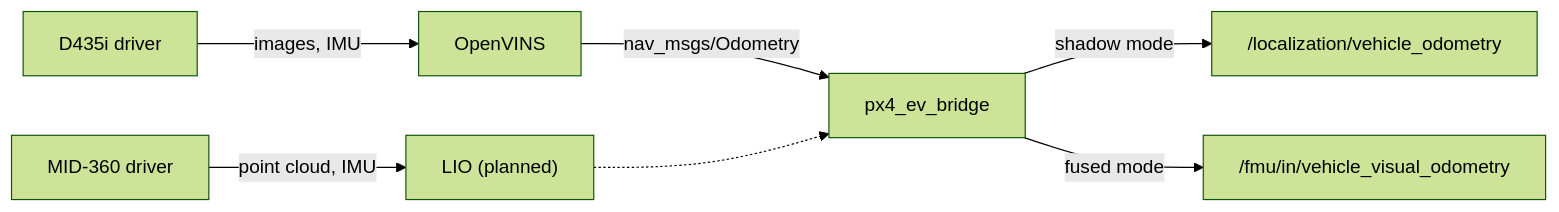
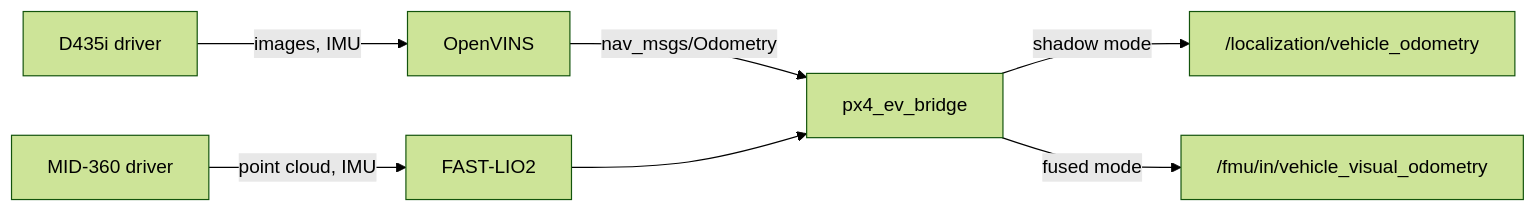
One commit to skymule-ai/mullet-wiki changed the diagram in docs/stack/localization.md. Above: the diagram before and after it, drawn with Mermaid (forest theme). The commit also changed other lines of this file and 2 other files, not shown here.

Commit message:
mullet-lio is FAST-LIO2; Livox CustomMsg and PTP; both estimators in mullet-localization

````diff
--- a/docs/stack/localization.md
+++ b/docs/stack/localization.md
@@ -7,9 +7,9 @@
 ```mermaid
 flowchart LR
     d435i["D435i driver"] -- "images, IMU" --> ov["OpenVINS"]
-    livox["MID-360 driver"] -- "point cloud, IMU" --> lio["LIO (planned)"]
+    livox["MID-360 driver"] -- "point cloud, IMU" --> lio["FAST-LIO2"]
     ov -- "nav_msgs/Odometry" --> bridge["px4_ev_bridge"]
-    lio -.-> bridge
+    lio --> bridge
     bridge -- "shadow mode" --> shadow["/localization/vehicle_odometry"]
     bridge -- "fused mode" --> px4["/fmu/in/vehicle_visual_odometry"]
 ```
````
